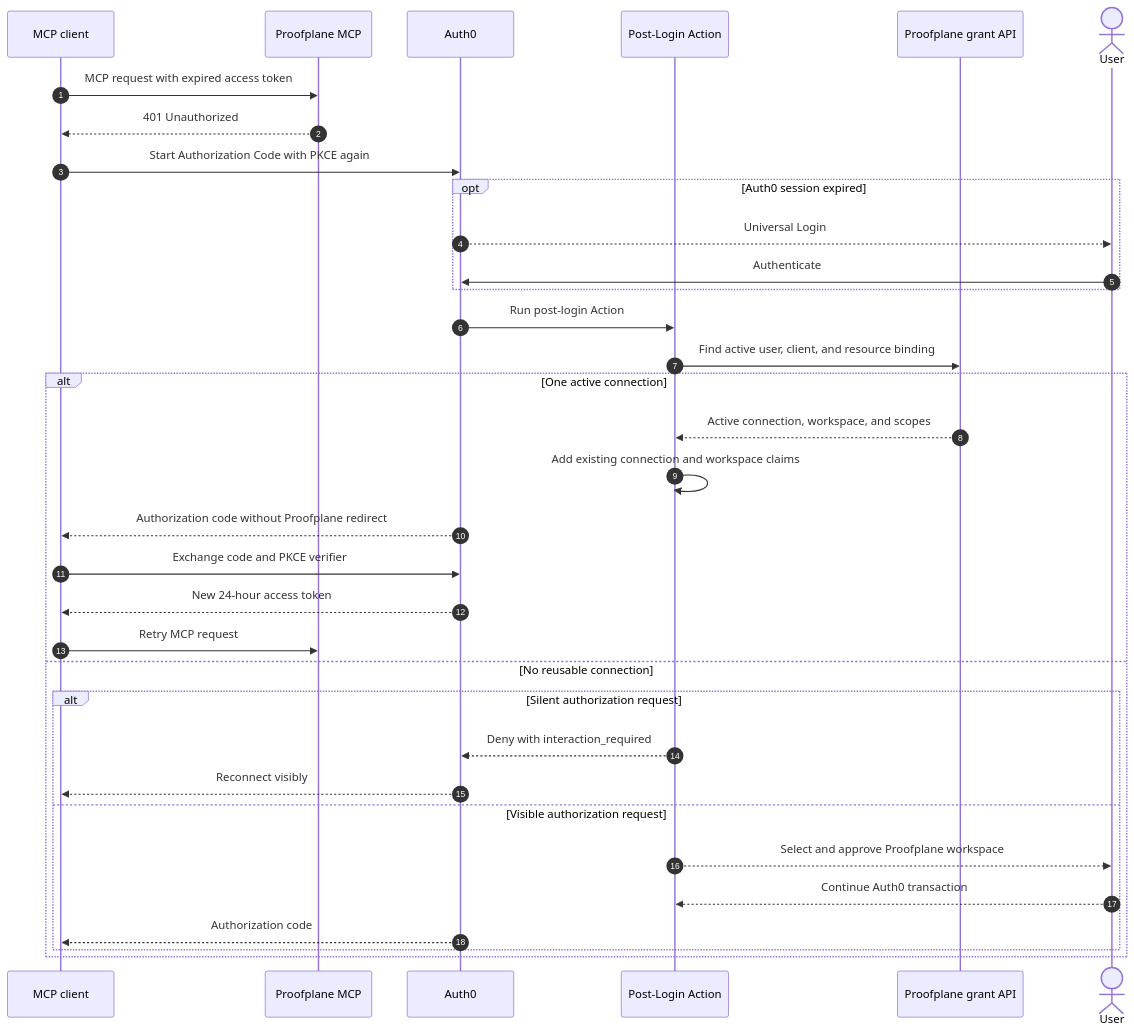
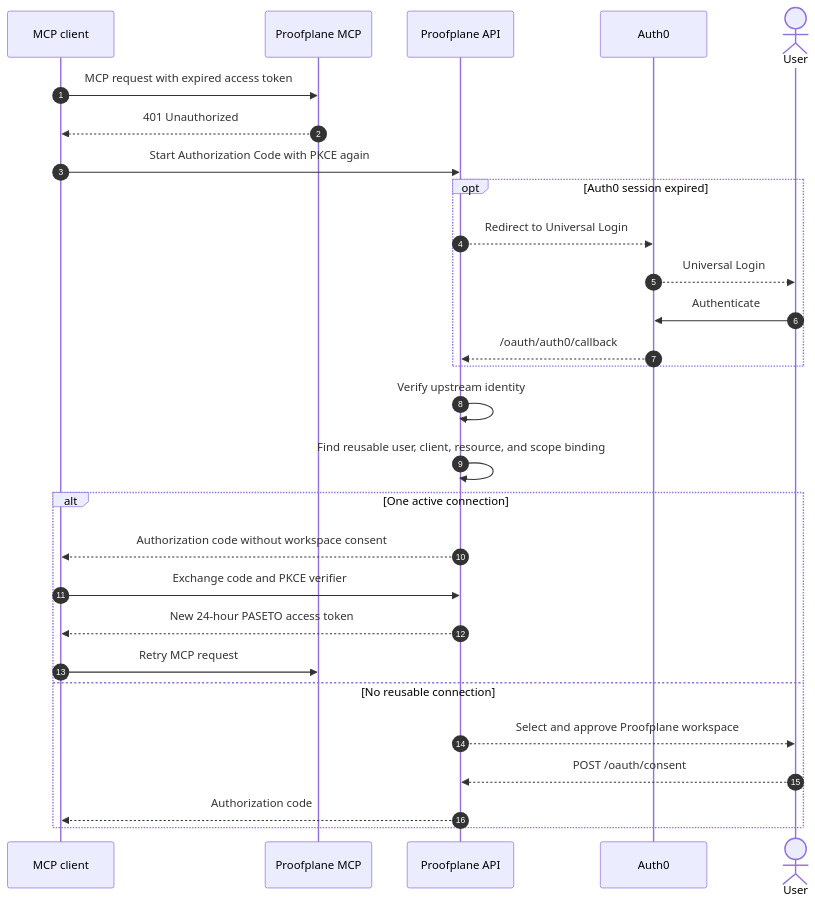
One commit to proofplane/proofplane changed the fourth of 4 diagrams in docs/epics/agent-connector-onboarding/spec.md. Above: the diagram before and after it, drawn with Mermaid. The commit also changed other lines of this file and 92 other files, not shown here.

````diff
--- a/docs/epics/agent-connector-onboarding/spec.md
+++ b/docs/epics/agent-connector-onboarding/spec.md
@@ -457,40 +466,34 @@
 ```mermaid
 sequenceDiagram
     autonumber
     participant C as MCP client
     participant M as Proofplane MCP
+    participant P as Proofplane API
     participant I as Auth0
-    participant X as Post-Login Action
-    participant P as Proofplane grant API
     actor U as User
 
     C->>M: MCP request with expired access token
     M-->>C: 401 Unauthorized
-    C->>I: Start Authorization Code with PKCE again
+    C->>P: Start Authorization Code with PKCE again
 
     opt Auth0 session expired
+        P-->>I: Redirect to Universal Login
         I-->>U: Universal Login
         U->>I: Authenticate
+        I-->>P: /oauth/auth0/callback
     end
 
-    I->>X: Run post-login Action
-    X->>P: Find active user, client, and resource binding
+    P->>P: Verify upstream identity
+    P->>P: Find reusable user, client, resource, and scope binding
 
     alt One active connection
-        P-->>X: Active connection, workspace, and scopes
-        X->>X: Add existing connection and workspace claims
-        I-->>C: Authorization code without Proofplane redirect
-        C->>I: Exchange code and PKCE verifier
-        I-->>C: New 24-hour access token
+        P-->>C: Authorization code without workspace consent
+        C->>P: Exchange code and PKCE verifier
+        P-->>C: New 24-hour PASETO access token
         C->>M: Retry MCP request
     else No reusable connection
-        alt Silent authorization request
-            X-->>I: Deny with interaction_required
-            I-->>C: Reconnect visibly
-        else Visible authorization request
-            X-->>U: Select and approve Proofplane workspace
-            U-->>X: Continue Auth0 transaction
-            I-->>C: Authorization code
-        end
+        P-->>U: Select and approve Proofplane workspace
+        U-->>P: POST /oauth/consent
+        P-->>C: Authorization code
     end
 ```
````
